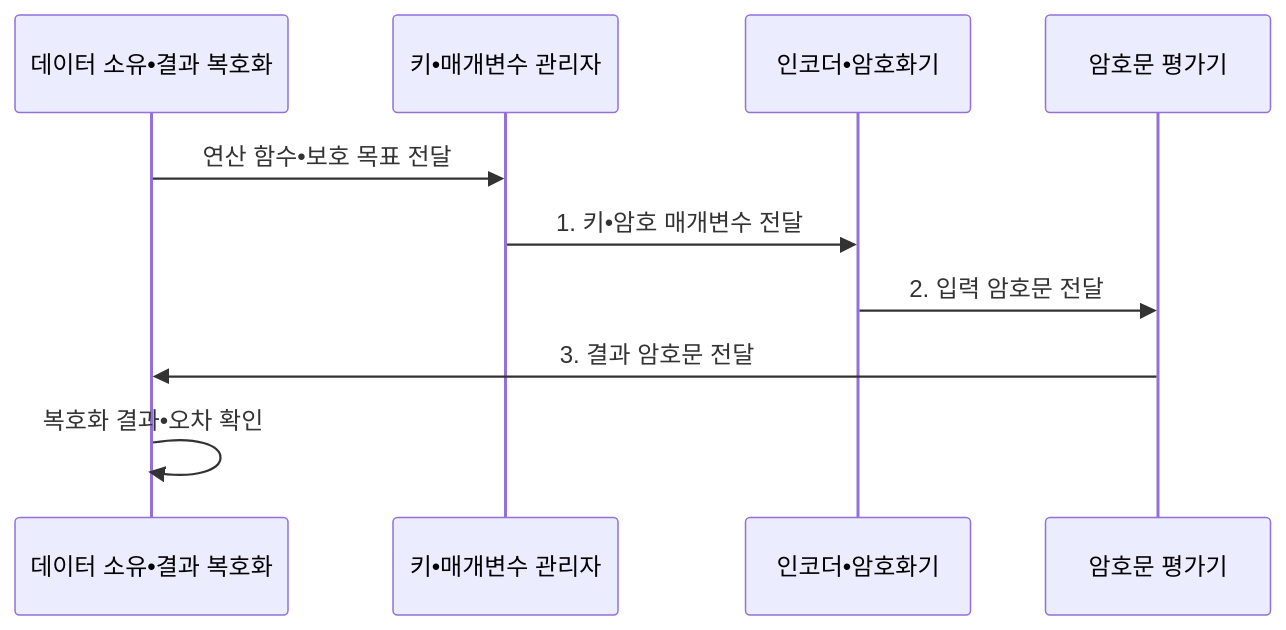
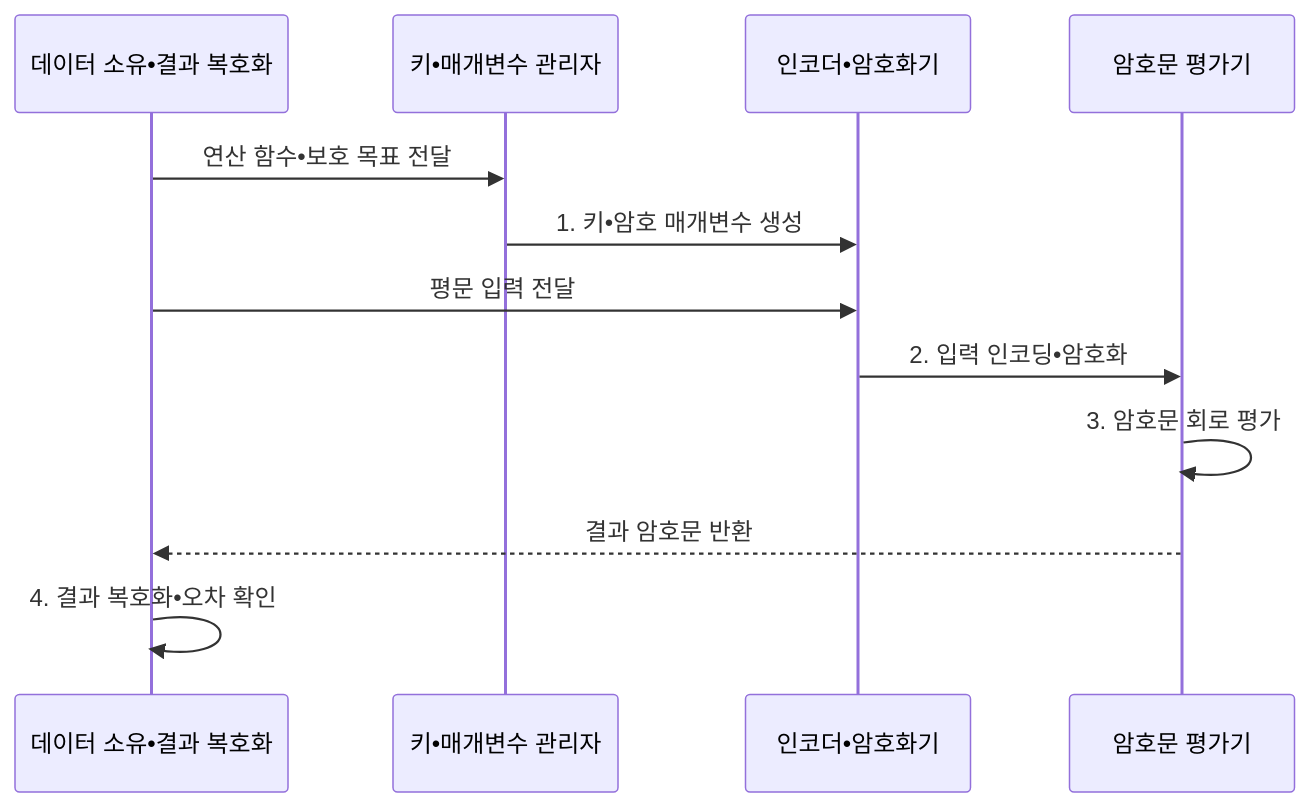
Before and after one commit to agnusdei1207/knowledge-base: the second of 2 diagrams in src/content/docs/notes/08-latest-tech/114_homomorphic_encryption.md, drawn with Mermaid. The commit also changed other lines of this file and 15 other files, not shown here.

````diff
--- a/src/content/docs/notes/08-latest-tech/114_homomorphic_encryption.md
+++ b/src/content/docs/notes/08-latest-tech/114_homomorphic_encryption.md
@@ -101,12 +101,14 @@
 ```mermaid
 sequenceDiagram
     participant O as 데이터 소유•결과 복호화
     participant K as 키•매개변수 관리자
     participant E as 인코더•암호화기
     participant C as 암호문 평가기
     O->>K: 연산 함수•보호 목표 전달
-    K->>E: 1. 키•암호 매개변수 전달
-    E->>C: 2. 입력 암호문 전달
-    C->>O: 3. 결과 암호문 전달
-    O->>O: 복호화 결과•오차 확인
+    K->>E: 1. 키•암호 매개변수 생성
+    O->>E: 평문 입력 전달
+    E->>C: 2. 입력 인코딩•암호화
+    C->>C: 3. 암호문 회로 평가
+    C-->>O: 결과 암호문 반환
+    O->>O: 4. 결과 복호화•오차 확인
 ```
````
